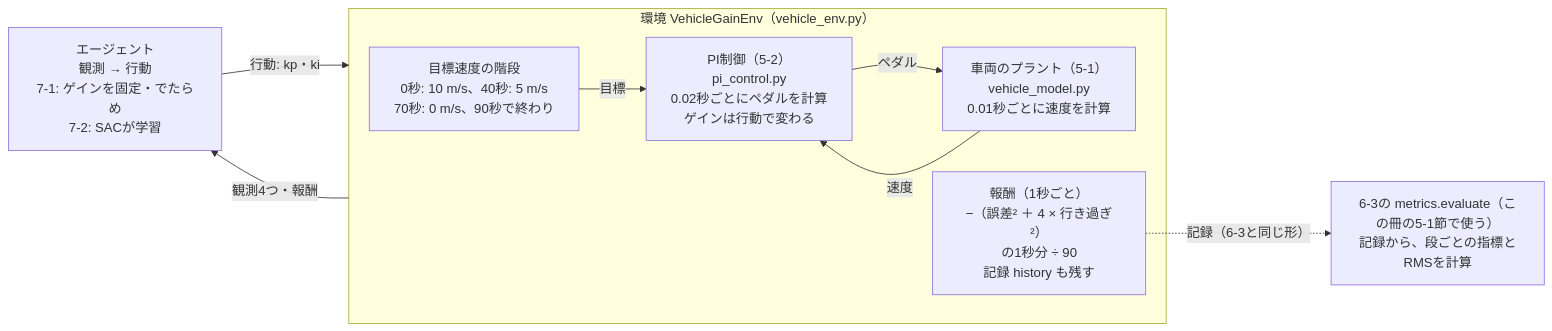
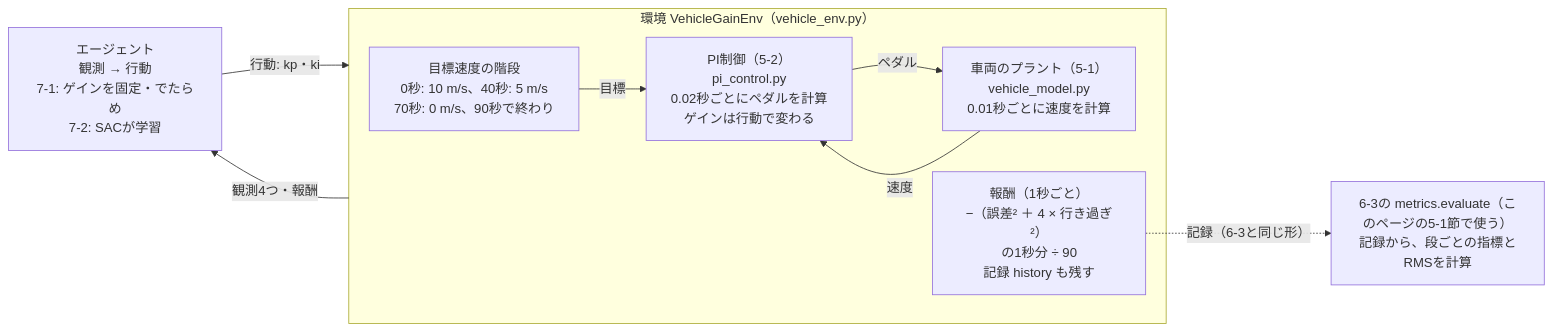
The diagram in docs/archive/phase7_1_vehicle_env_v1.md (SanghunIm1991/ros2MinimalPhysicalAi), drawn with Mermaid before and after one commit. The commit also changed other lines of this file and 16 other files, not shown here.

````diff
--- a/docs/archive/phase7_1_vehicle_env_v1.md
+++ b/docs/archive/phase7_1_vehicle_env_v1.md
@@ -38,17 +38,17 @@
 ```mermaid
 flowchart LR
     AG["エージェント<br/>観測 → 行動<br/>7-1: ゲインを固定・でたらめ<br/>7-2: SACが学習"]
     subgraph ENV["環境 VehicleGainEnv（vehicle_env.py）"]
         TG["目標速度の階段<br/>0秒: 10 m/s、40秒: 5 m/s<br/>70秒: 0 m/s、90秒で終わり"]
         PI["PI制御（5-2）<br/>pi_control.py<br/>0.02秒ごとにペダルを計算<br/>ゲインは行動で変わる"]
         PL["車両のプラント（5-1）<br/>vehicle_model.py<br/>0.01秒ごとに速度を計算"]
         RW["報酬（1秒ごと）<br/>−（誤差² ＋ 4 × 行き過ぎ²）<br/>の1秒分 ÷ 90<br/>記録 history も残す"]
     end
-    M["6-3の metrics.evaluate（この冊の5-1節で使う）<br/>記録から、段ごとの指標とRMSを計算"]
+    M["6-3の metrics.evaluate（このページの5-1節で使う）<br/>記録から、段ごとの指標とRMSを計算"]
     AG -- "行動: kp・ki" --> ENV
     ENV -- "観測4つ・報酬" --> AG
     TG -- "目標" --> PI
     PI -- "ペダル" --> PL
     PL -- "速度" --> PI
     RW -. "記録（6-3と同じ形）" .-> M
 ```
````
